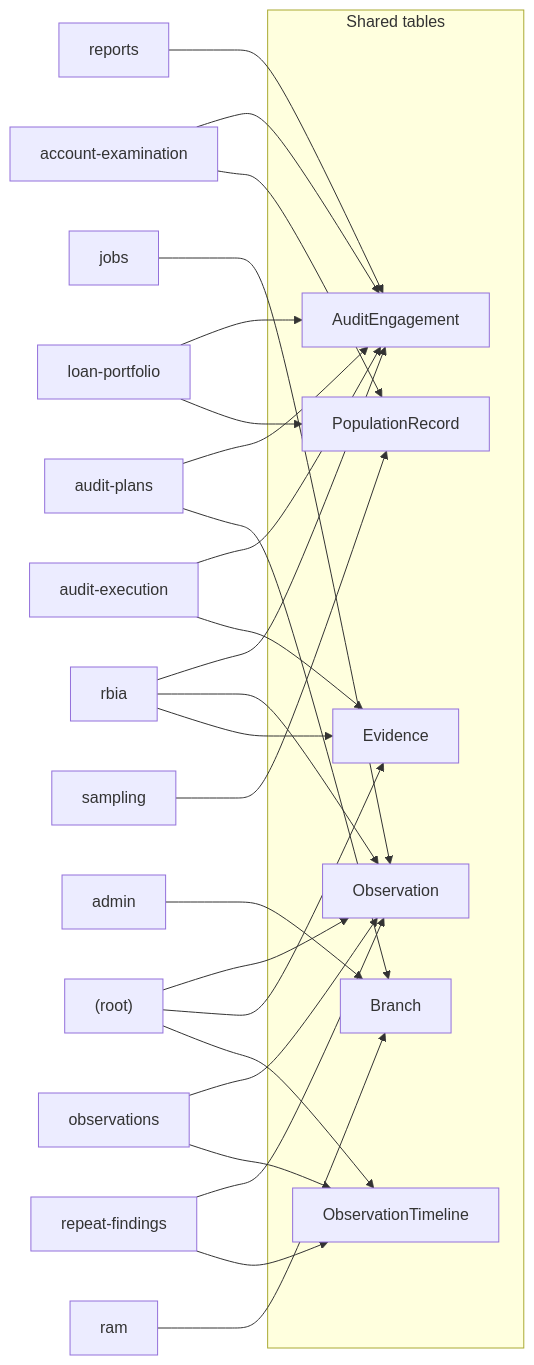
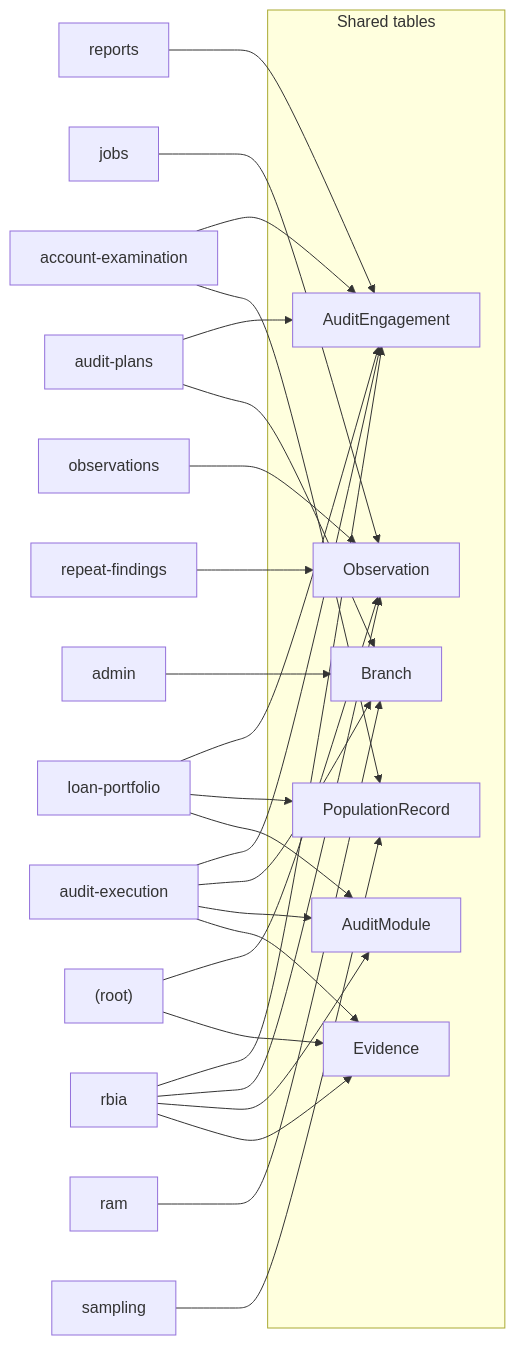
The first of 3 diagrams in docs/reference/data-flows.md (nc-sapiex/aegis-2), drawn with Mermaid before and after one commit. The commit also changed other lines of this file and 7 other files, not shown here.

````diff
--- a/docs/reference/data-flows.md
+++ b/docs/reference/data-flows.md
@@ -74,47 +74,48 @@
 ```mermaid
 flowchart LR
     subgraph hubs [Shared tables]
         T_AuditEngagement["AuditEngagement"]
         T_Observation["Observation"]
+        T_Branch["Branch"]
         T_PopulationRecord["PopulationRecord"]
-        T_Branch["Branch"]
+        T_AuditModule["AuditModule"]
         T_Evidence["Evidence"]
-        T_ObservationTimeline["ObservationTimeline"]
     end
     D_account_examination["account-examination"]
     D_account_examination --> T_AuditEngagement
     D_audit_execution["audit-execution"]
     D_audit_execution --> T_AuditEngagement
     D_audit_plans["audit-plans"]
     D_audit_plans --> T_AuditEngagement
     D_loan_portfolio["loan-portfolio"]
     D_loan_portfolio --> T_AuditEngagement
     D_rbia["rbia"]
     D_rbia --> T_AuditEngagement
     D_reports["reports"]
     D_reports --> T_AuditEngagement
     D__root_["(root)"]
     D__root_ --> T_Observation
     D_jobs["jobs"]
     D_jobs --> T_Observation
     D_observations["observations"]
     D_observations --> T_Observation
     D_rbia --> T_Observation
     D_repeat_findings["repeat-findings"]
     D_repeat_findings --> T_Observation
+    D_admin["admin"]
+    D_admin --> T_Branch
+    D_audit_execution --> T_Branch
+    D_audit_plans --> T_Branch
+    D_ram["ram"]
+    D_ram --> T_Branch
     D_account_examination --> T_PopulationRecord
     D_loan_portfolio --> T_PopulationRecord
     D_sampling["sampling"]
     D_sampling --> T_PopulationRecord
-    D_admin["admin"]
-    D_admin --> T_Branch
-    D_audit_plans --> T_Branch
-    D_ram["ram"]
-    D_ram --> T_Branch
+    D_audit_execution --> T_AuditModule
+    D_loan_portfolio --> T_AuditModule
+    D_rbia --> T_AuditModule
     D__root_ --> T_Evidence
     D_audit_execution --> T_Evidence
     D_rbia --> T_Evidence
-    D__root_ --> T_ObservationTimeline
-    D_observations --> T_ObservationTimeline
-    D_repeat_findings --> T_ObservationTimeline
 ```
````
